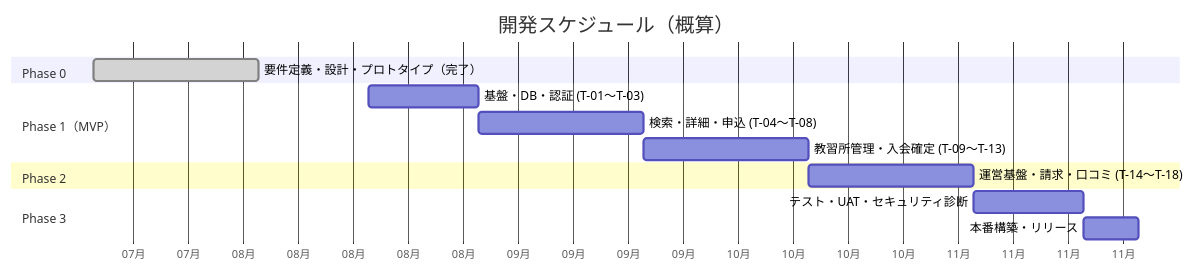
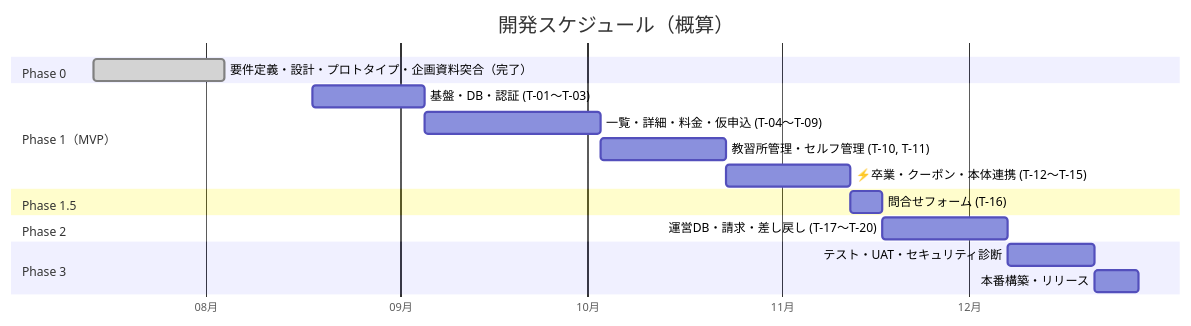
The first of 4 diagrams in docs/08_plan-and-estimate.md (Sho0922/bestbike_matching-), drawn with Mermaid before and after one commit. The commit also changed other lines of this file and 10 other files, not shown here.

````diff
--- a/docs/08_plan-and-estimate.md
+++ b/docs/08_plan-and-estimate.md
@@ -12,21 +16,25 @@
 ```mermaid
 gantt
   dateFormat YYYY-MM-DD
   axisFormat %m月
   title 開発スケジュール（概算）
 
   section Phase 0
-  要件定義・設計・プロトタイプ（完了）  :done, p0, 2026-07-14, 2026-08-04
+  要件定義・設計・プロトタイプ・企画資料突合（完了） :done, p0, 2026-07-14, 2026-08-04
 
   section Phase 1（MVP）
-  基盤・DB・認証 (T-01〜T-03)          :p11, 2026-08-18, 14d
-  検索・詳細・申込 (T-04〜T-08)        :p12, after p11, 21d
-  教習所管理・入会確定 (T-09〜T-13)    :p13, after p12, 21d
+  基盤・DB・認証 (T-01〜T-03)              :p11, 2026-08-18, 18d
+  一覧・詳細・料金・仮申込 (T-04〜T-09)     :p12, after p11, 28d
+  教習所管理・セルフ管理 (T-10, T-11)       :p13, after p12, 20d
+  ⚡卒業・クーポン・本体連携 (T-12〜T-15)    :p14, after p13, 20d
+
+  section Phase 1.5
+  問合せフォーム (T-16)                    :p15, after p14, 5d
 
   section Phase 2
-  運営基盤・請求・口コミ (T-14〜T-18)  :p21, after p13, 21d
+  運営DB・請求・差し戻し (T-17〜T-20)       :p21, after p15, 20d
 
   section Phase 3
-  テスト・UAT・セキュリティ診断        :p31, after p21, 14d
-  本番構築・リリース                   :p32, after p31, 7d
+  テスト・UAT・セキュリティ診断             :p31, after p21, 14d
+  本番構築・リリース                        :p32, after p31, 7d
 ```
````
